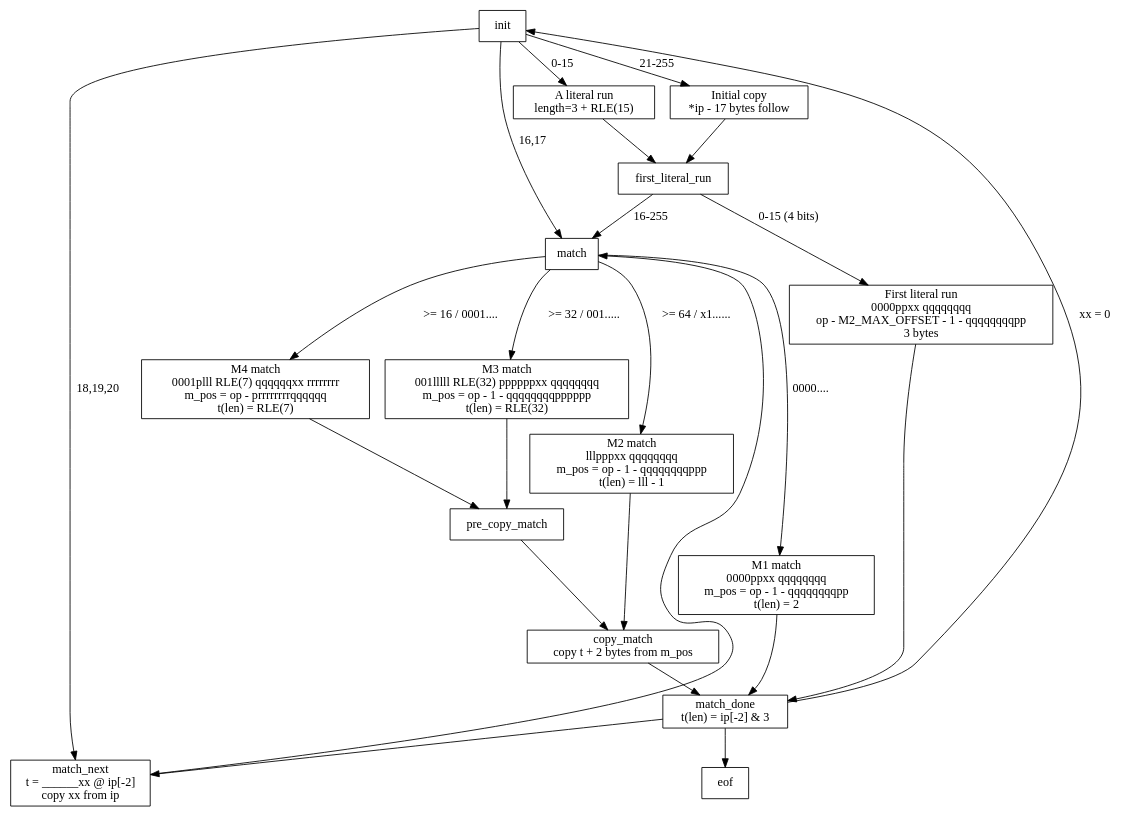
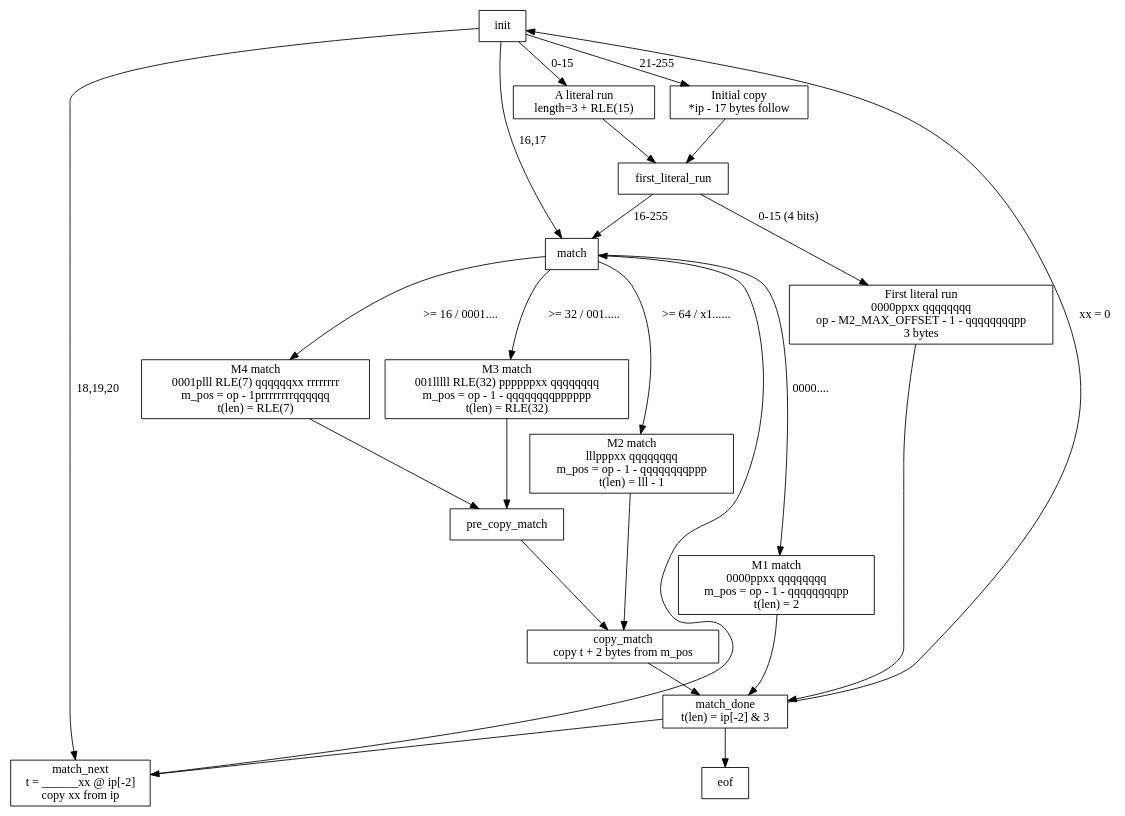
The diagram in docs/state-machine.dot (shevek/lzo-java), drawn with Graphviz before and after one commit. The commit also changed 2 other files, not shown here.

```diff
--- a/docs/state-machine.dot
+++ b/docs/state-machine.dot
@@ -1,55 +1,55 @@
 digraph G {
 	node [shape=box];
 	init -> a_literal_run [label="0-15"];
 	init -> match [label="16,17"];
 	init -> match_next [label="18,19,20"];
 	init -> init_copy [label="21-255"];
 
 	init_copy [label="Initial copy\n*ip - 17 bytes follow"];
 	init_copy -> first_literal_run;
 
 	a_literal_run [label="A literal run\nlength=3 + RLE(15)"];
 
 	a_literal_run -> first_literal_run;
 
 	first_literal_run -> match [label="16-255"];
 
 	first_literal_run -> first_literal_run_do [label="0-15 (4 bits)"];
 
 	first_literal_run_do [label="First literal run\n0000ppxx qqqqqqqq\nop - M2_MAX_OFFSET - 1 - qqqqqqqqpp\n3 bytes\n"];
 
 	first_literal_run_do -> match_done;
 
 	match -> match_m2 [label=">= 64 / x1......"];
 	match -> match_m3 [label=">= 32 / 001....."];
 	match -> match_m4 [label=">= 16 / 0001...."];
 	match -> match_m1 [label="0000...."];
 
 	match_m2 [label="M2 match\nlllpppxx qqqqqqqq\nm_pos = op - 1 - qqqqqqqqppp\nt(len) = lll - 1"];
 	match_m2 -> copy_match;
 
 	match_m3 [label="M3 match\n001lllll RLE(32) ppppppxx qqqqqqqq\nm_pos = op - 1 - qqqqqqqqpppppp\nt(len) = RLE(32)"];
 	match_m3 -> pre_copy_match;
 
-	match_m4 [label="M4 match\n0001plll RLE(7) qqqqqqxx rrrrrrrr\nm_pos = op - prrrrrrrrqqqqqq\nt(len) = RLE(7)"];
+	match_m4 [label="M4 match\n0001plll RLE(7) qqqqqqxx rrrrrrrr\nm_pos = op - 1prrrrrrrrqqqqqq\nt(len) = RLE(7)"];
 	match_m4 -> pre_copy_match;
 
 	match_m1 [label="M1 match\n0000ppxx qqqqqqqq\nm_pos = op - 1 - qqqqqqqqpp\nt(len) = 2"];
 	match_m1 -> match_done;
 
 	pre_copy_match -> copy_match;
 
 	copy_match [label="\N\ncopy t + 2 bytes from m_pos"];
 	copy_match -> match_done;
 
 	match_done [label="\N\nt(len) = ip[-2] & 3"];
 	match_done -> eof;
 	match_done -> match_next;
 	match_done -> init [label="xx = 0",constraint=false];
 
 	match_next [label="\N\nt = ______xx @ ip[-2]\ncopy xx from ip"];
 	match_next -> match [constraint=false];
 
 	eof;
 
 }
```
